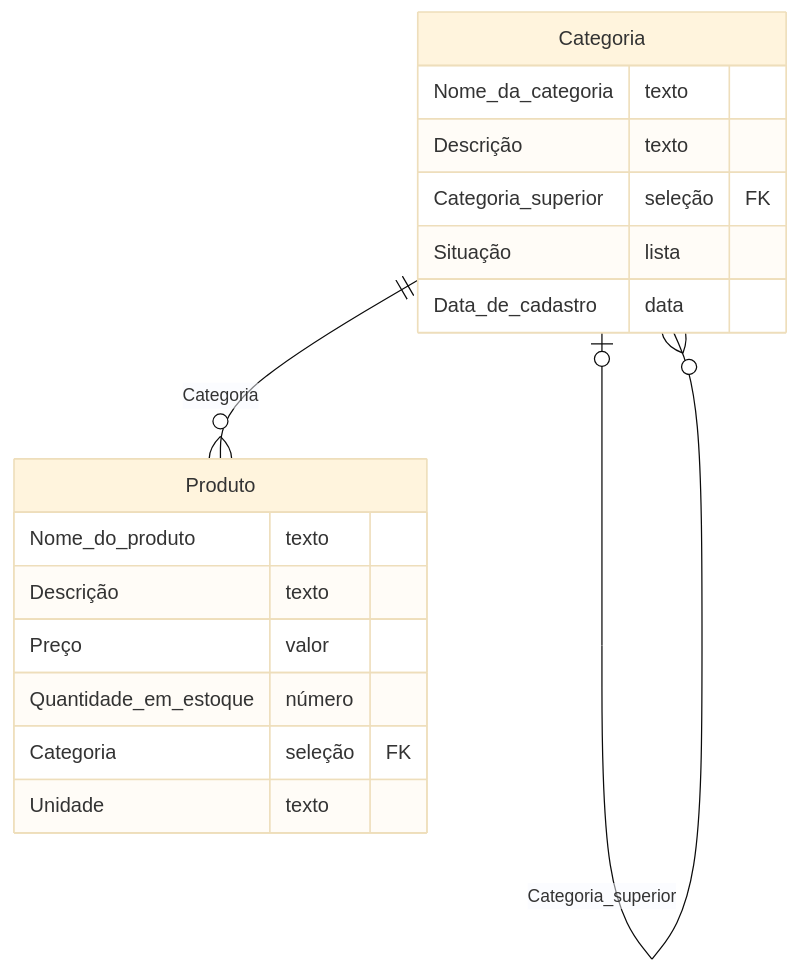
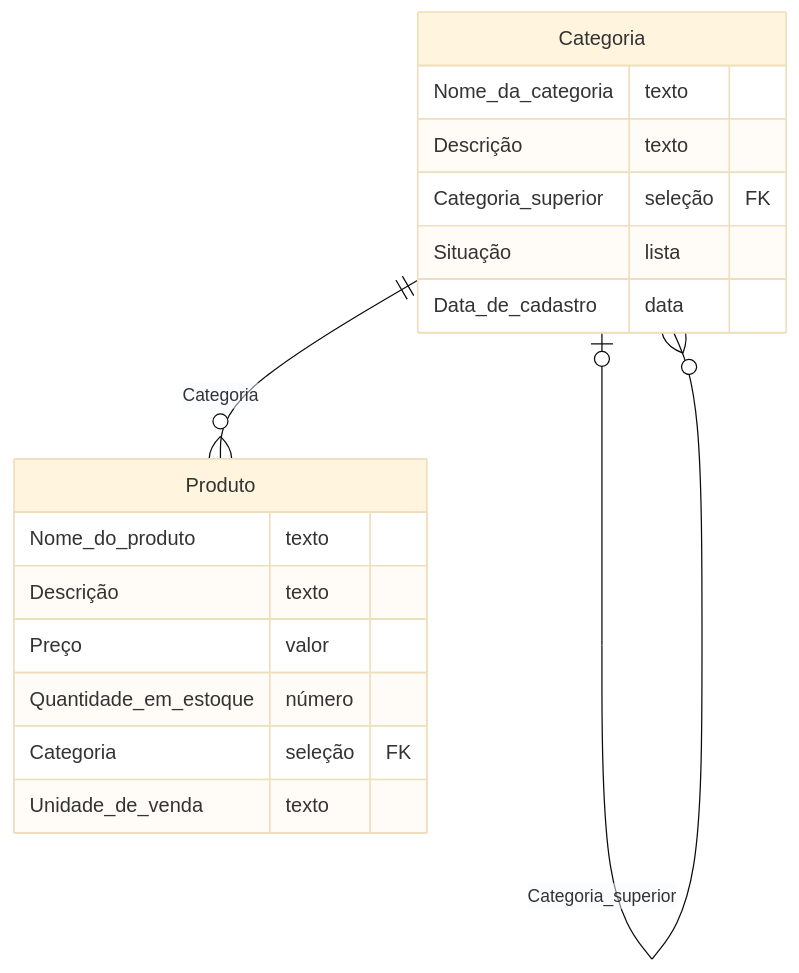
Before and after one commit to andromarcio/loja-acme-simulacao: the second of 4 diagrams in global/DIAGRAMA-ER.md, drawn with Mermaid (base theme). The commit also changed 2 other files, not shown here.

Commit message:
[gerado] artefatos derivados regenerados pelo workflow

````diff
--- a/global/DIAGRAMA-ER.md
+++ b/global/DIAGRAMA-ER.md
@@ -28,20 +28,20 @@
 ```mermaid
 erDiagram
   Categoria {
     Nome_da_categoria texto
     Descrição texto
     Categoria_superior seleção FK
     Situação lista
     Data_de_cadastro data
   }
   Produto {
     Nome_do_produto texto
     Descrição texto
     Preço valor
     Quantidade_em_estoque número
     Categoria seleção FK
-    Unidade texto
+    Unidade_de_venda texto
   }
   Categoria |o--o{ Categoria : "Categoria_superior"
   Categoria ||--o{ Produto : "Categoria"
 ```
````
